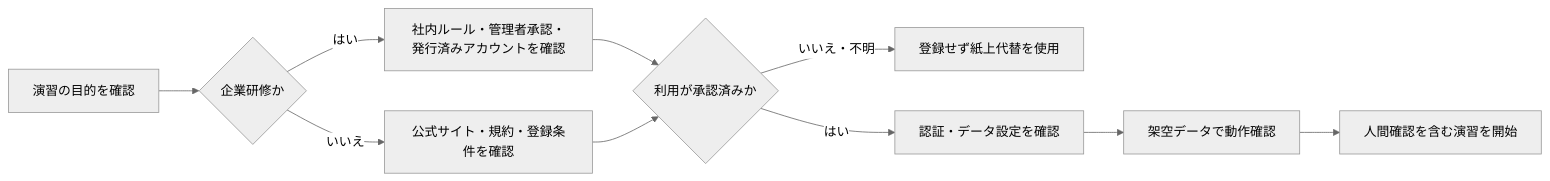
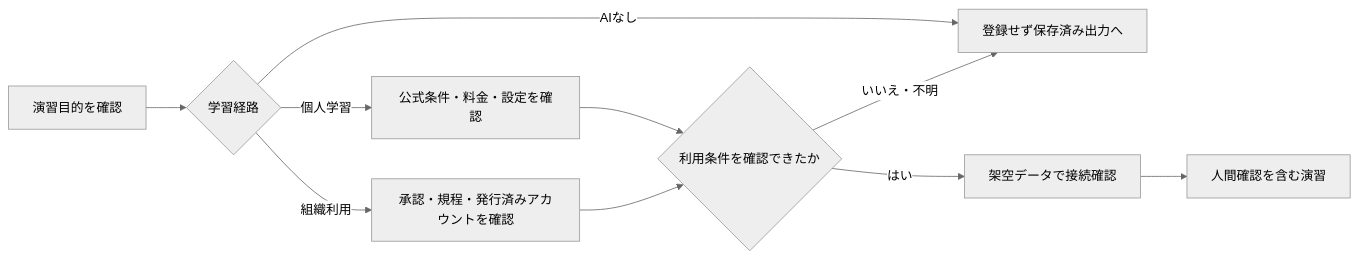
Before and after one commit to kiyo37/AI--: the diagram in ai-business-efficiency-instructor-content/setup/common_preparation.md, drawn with Mermaid (neutral theme). The commit also changed other lines of this file and 139 other files, not shown here.

````diff
--- a/ai-business-efficiency-instructor-content/setup/common_preparation.md
+++ b/ai-business-efficiency-instructor-content/setup/common_preparation.md
@@ -17,12 +18,12 @@
 ```mermaid
 flowchart LR
-    A["演習の目的を確認"] --> B{"企業研修か"}
-    B -->|はい| C["社内ルール・管理者承認・発行済みアカウントを確認"]
-    B -->|いいえ| D["公式サイト・規約・登録条件を確認"]
-    C --> E{"利用が承認済みか"}
+    A["演習目的を確認"] --> B{"学習経路"}
+    B -->|個人学習| C["公式条件・料金・設定を確認"]
+    B -->|組織利用| D["承認・規程・発行済みアカウントを確認"]
+    B -->|AIなし| F["登録せず保存済み出力へ"]
+    C --> E{"利用条件を確認できたか"}
     D --> E
-    E -->|いいえ・不明| F["登録せず紙上代替を使用"]
-    E -->|はい| G["認証・データ設定を確認"]
-    G --> H["架空データで動作確認"]
-    H --> I["人間確認を含む演習を開始"]
+    E -->|いいえ・不明| F["登録せず保存済み出力へ"]
+    E -->|はい| G["架空データで接続確認"]
+    G --> H["人間確認を含む演習"]
 ```
````
